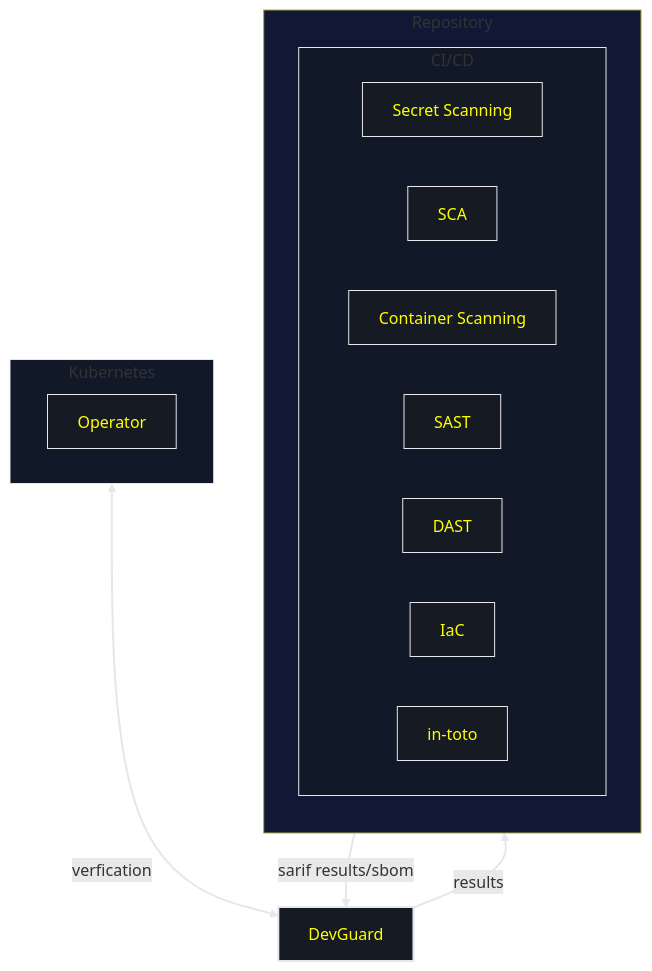
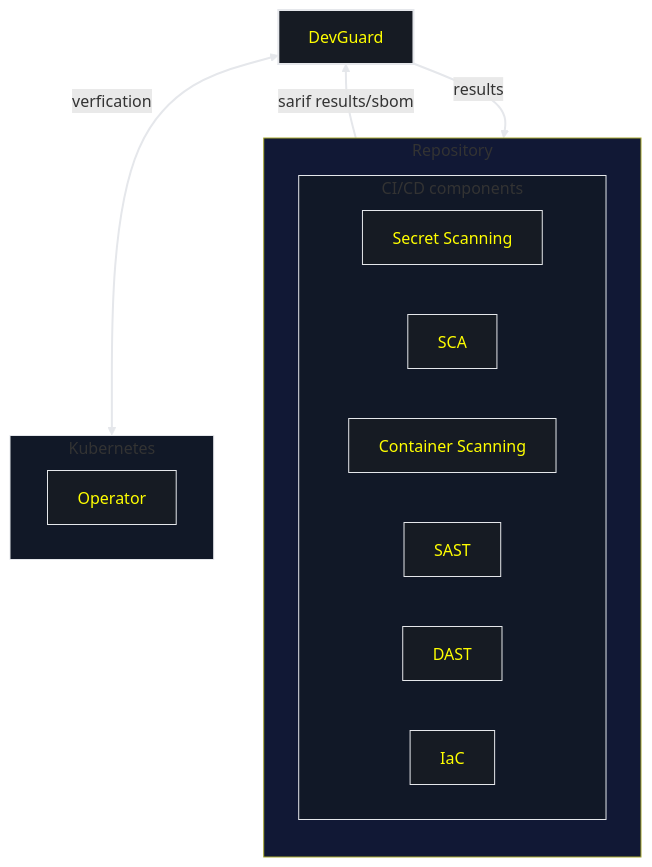
Before and after one commit to l3montree-dev/devguard-documentation: the diagram in src/pages/concepts/arch.mdx, drawn with Mermaid. The commit also changed other lines of this file and 4 other files, not shown here.

Commit message:
adds database concept page and updates architecture documentation

````diff
--- a/src/pages/concepts/arch.mdx
+++ b/src/pages/concepts/arch.mdx
@@ -6,56 +10,66 @@
 ```mermaid
-flowchart TB 
+flowchart BT 
 
     subgraph repo[Repository]
         direction TB
-        ciCd[CI/CD]
+        ciCd[CI/CD components]
     end
 
     dev["DevGuard"]
 
     subgraph kube[Kubernetes]
         direction LR
         operator[Operator]
     end
 
 
-    subgraph ciCd[CI/CD]
+    subgraph ciCd[CI/CD components]
         direction LR
 
         SC[Secret Scanning]
-        SCA[SCA]
+        SCA[SCA] 
         CS[Container Scanning]
         SAST[SAST]
         DAST[DAST]
         IaC[IaC]   
-        toto[in-toto]  
 
     end
 
     ciCd -- sarif results/sbom --> dev
     dev -- results --> ciCd
 
     kube <-- verfication --> dev
 
 
 
 
 classDef node fill:#161B23,color:yellow,stroke:#e5e7eb;
 classDef subgraphOut fill:#111835;
 classDef subgraphIn fill:#111827,stroke:#e5e7eb;
 
 classDef dev stroke-width:2px;
 
 
 class repo subgraphOut;
 class ciCd subgraphIn;
 class kube subgraphIn;
 
 class dev dev;
 
 linkStyle 0,1,2  stroke:#e5e7eb,stroke-width:2px;
 
 
 
 
+click SCA "../guides/devsecops/software-composition-analysis";
+click SC "../guides/devsecops/secret-scanning";
+click CS "../guides/devsecops/container-scanning";
+click SAST "../guides/devsecops/sast";
+click DAST "../guides/devsecops/dast";
+click IaC "../guides/devsecops/iac";
+
+
+
+
+
 ```
````
